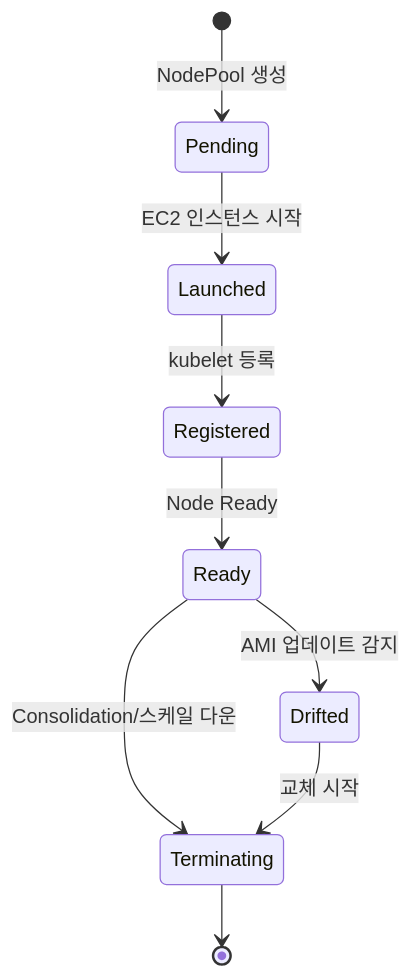
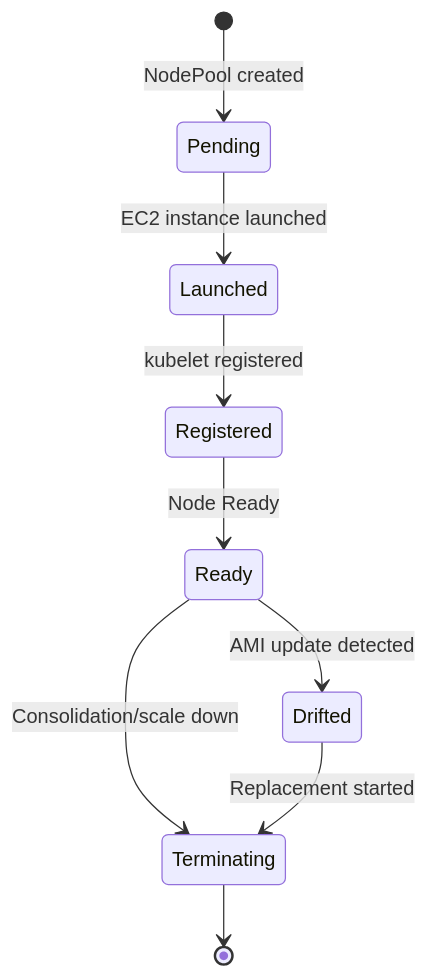
The second of 3 diagrams in docs/eks-best-practices/operations-reliability/eks-debugging/auto-mode.md (devfloor9/engineering-playbook), drawn with Mermaid before and after one commit. The commit also changed other lines of this file and 954 other files, not shown here.

````diff
--- a/docs/eks-best-practices/operations-reliability/eks-debugging/auto-mode.md
+++ b/docs/eks-best-practices/operations-reliability/eks-debugging/auto-mode.md
@@ -113,11 +113,11 @@
 ```mermaid
 stateDiagram-v2
-    [*] --> Pending: NodePool 생성
-    Pending --> Launched: EC2 인스턴스 시작
-    Launched --> Registered: kubelet 등록
+    [*] --> Pending: NodePool created
+    Pending --> Launched: EC2 instance launched
+    Launched --> Registered: kubelet registered
     Registered --> Ready: Node Ready
-    Ready --> Drifted: AMI 업데이트 감지
-    Ready --> Terminating: Consolidation/스케일 다운
-    Drifted --> Terminating: 교체 시작
+    Ready --> Drifted: AMI update detected
+    Ready --> Terminating: Consolidation/scale down
+    Drifted --> Terminating: Replacement started
     Terminating --> [*]
 ```
````
